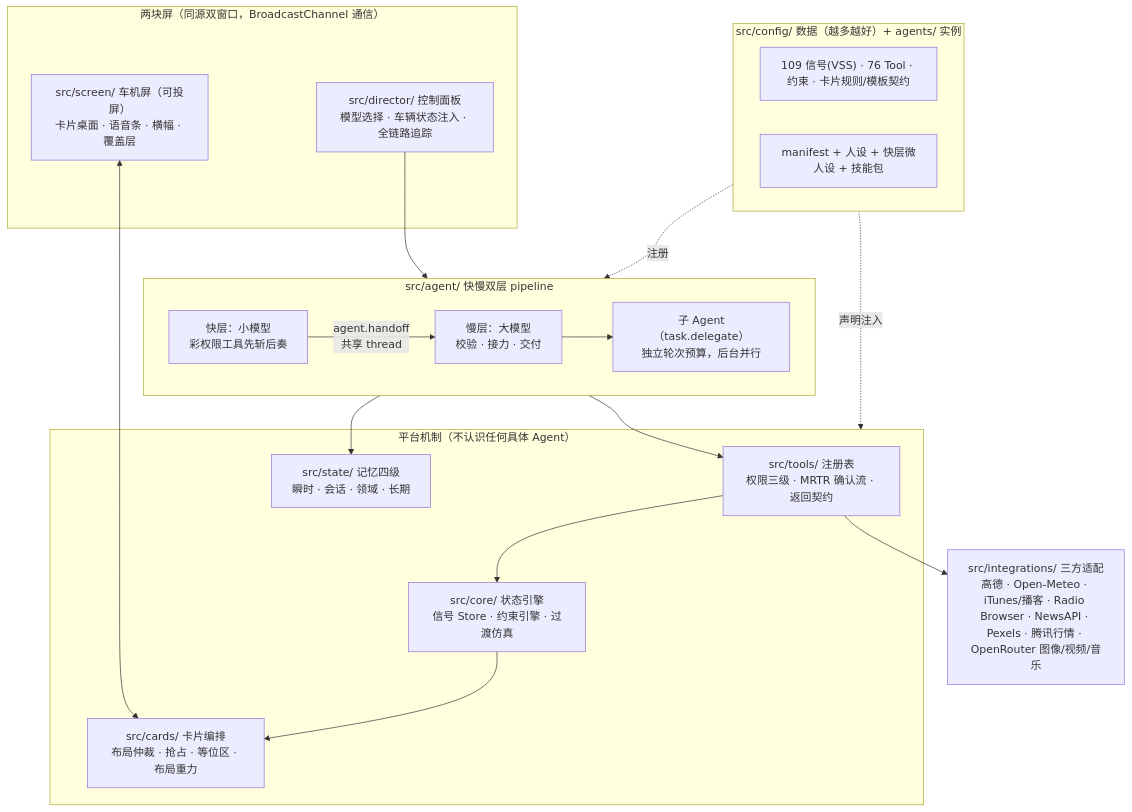
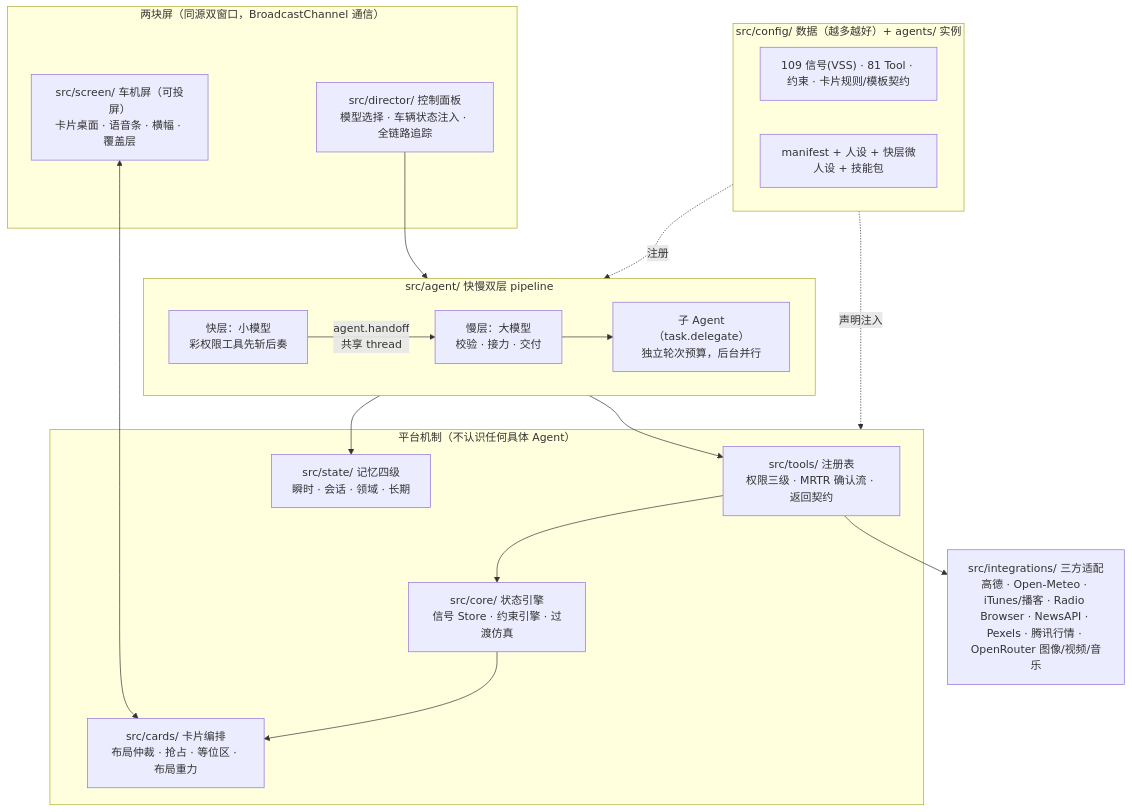
The diagram in README.md (yancent-dao/cockpit-agent-sim), drawn with Mermaid before and after one commit. The commit also changed other lines of this file and 14 other files, not shown here.

````diff
--- a/README.md
+++ b/README.md
@@ -46,33 +46,33 @@
 ```mermaid
 flowchart TB
     subgraph UI["两块屏（同源双窗口，BroadcastChannel 通信）"]
         director["src/director/ 控制面板<br/>模型选择 · 车辆状态注入 · 全链路追踪"]
         screen["src/screen/ 车机屏（可投屏）<br/>卡片桌面 · 语音条 · 横幅 · 覆盖层"]
     end
     subgraph AGENT["src/agent/ 快慢双层 pipeline"]
         fast["快层：小模型<br/>彩权限工具先斩后奏"]
         slow["慢层：大模型<br/>校验 · 接力 · 交付"]
         sub["子 Agent（task.delegate）<br/>独立轮次预算，后台并行"]
         fast -- "agent.handoff<br/>共享 thread" --> slow
         slow --> sub
     end
     subgraph PLATFORM["平台机制（不认识任何具体 Agent）"]
         tools["src/tools/ 注册表<br/>权限三级 · MRTR 确认流 · 返回契约"]
         core["src/core/ 状态引擎<br/>信号 Store · 约束引擎 · 过渡仿真"]
         cards["src/cards/ 卡片编排<br/>布局仲裁 · 抢占 · 等位区 · 布局重力"]
         state["src/state/ 记忆四级<br/>瞬时 · 会话 · 领域 · 长期"]
     end
     subgraph DATA["src/config/ 数据（越多越好）+ agents/ 实例"]
-        config["109 信号(VSS) · 76 Tool · 约束 · 卡片规则/模板契约"]
+        config["109 信号(VSS) · 81 Tool · 约束 · 卡片规则/模板契约"]
         manifest["manifest + 人设 + 快层微人设 + 技能包"]
     end
     integrations["src/integrations/ 三方适配<br/>高德 · Open-Meteo · iTunes/播客 · Radio Browser · NewsAPI · Pexels · 腾讯行情 · OpenRouter 图像/视频/音乐"]
 
     director --> AGENT
     screen <--> cards
     AGENT --> tools --> core --> cards
     tools --> integrations
     AGENT --> state
     DATA -.声明注入.-> PLATFORM
     DATA -.注册.-> AGENT
 ```
````
